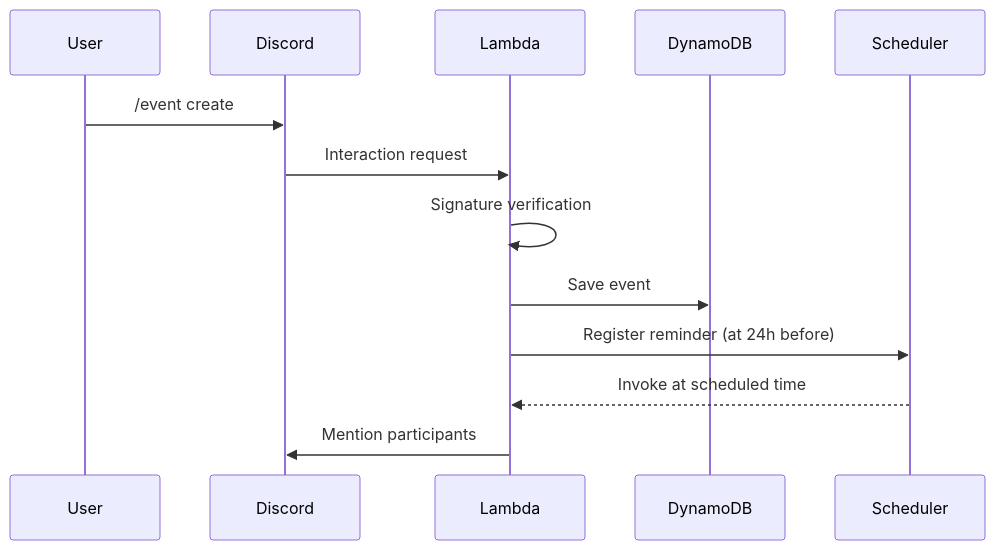
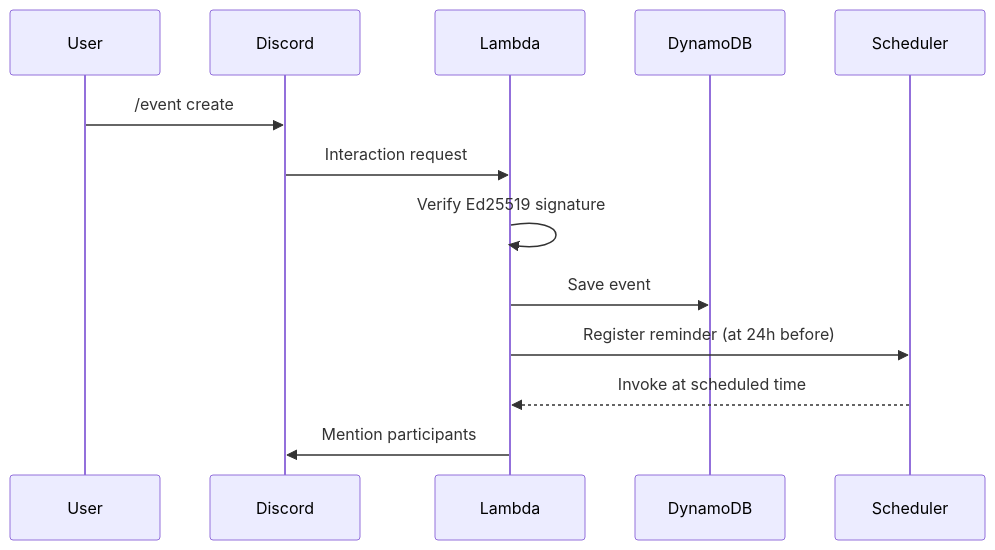
Before and after one commit to shishigam/discord_bot: the diagram in docs/sequence.md, drawn with Mermaid.

Commit message:
Clarify signature verification step in sequence
Signature verification -> Verify Ed25519 signature

````diff
--- a/docs/sequence.md
+++ b/docs/sequence.md
@@ -7,18 +7,18 @@
 ```mermaid
 sequenceDiagram
     participant User
     participant Discord
     participant Lambda
     participant DynamoDB
     participant Scheduler
 
     User->>Discord: /event create
     Discord->>Lambda: Interaction request
-    Lambda->>Lambda: Signature verification
+    Lambda->>Lambda: Verify Ed25519 signature
 
     Lambda->>DynamoDB: Save event
     Lambda->>Scheduler: Register reminder (at 24h before)
 
     Scheduler-->>Lambda: Invoke at scheduled time
     Lambda->>Discord: Mention participants
 ```
````
